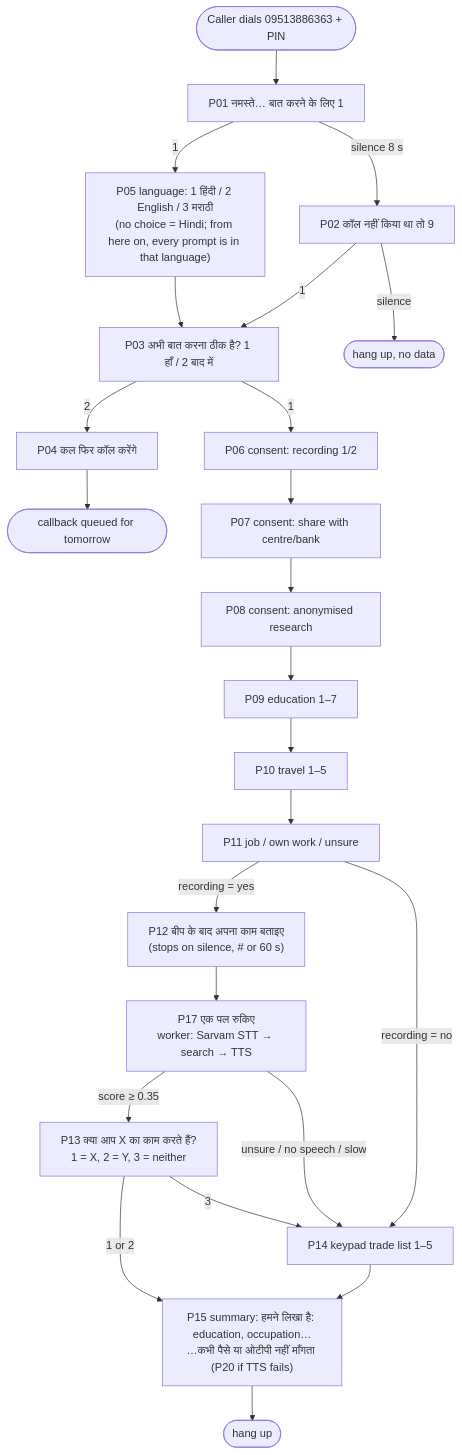
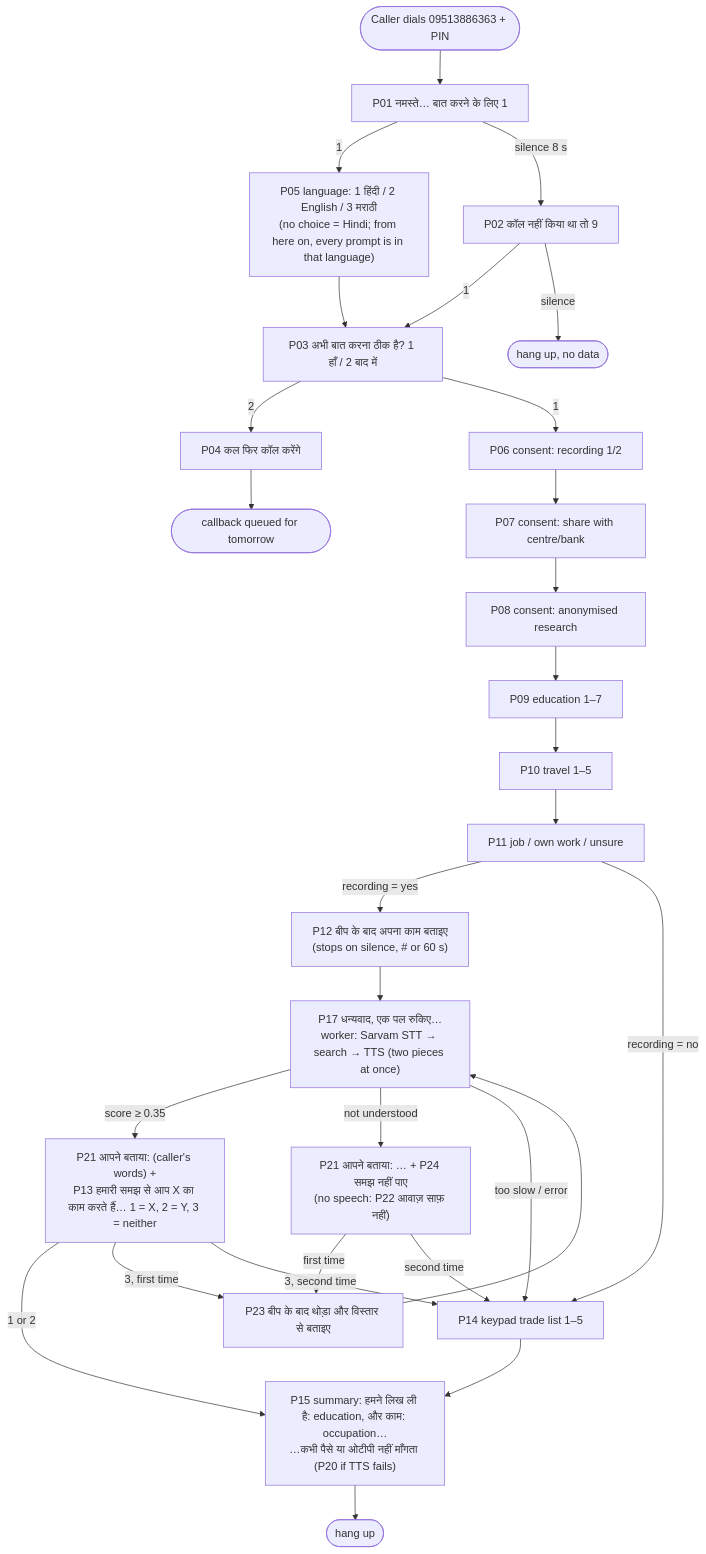
The second of 2 diagrams in docs/HANDOFF.md (sakshamagrawalcode-cpu/hunarvaani), drawn with Mermaid before and after one commit. The commit also changed other lines of this file and 16 other files, not shown here.

````diff
--- a/docs/HANDOFF.md
+++ b/docs/HANDOFF.md
@@ -94,21 +94,25 @@
 ```mermaid
 flowchart TD
     A([Caller dials 09513886363 + PIN]) --> P01["P01 नमस्ते… बात करने के लिए 1"]
     P01 -- 1 --> P05["P05 language: 1 हिंदी / 2 English / 3 मराठी<br/>(no choice = Hindi; from here on, every prompt is in that language)"]
     P05 --> P03["P03 अभी बात करना ठीक है? 1 हाँ / 2 बाद में"]
     P01 -- "silence 8 s" --> P02["P02 कॉल नहीं किया था तो 9"]
     P02 -- 1 --> P03
     P02 -- "silence" --> END0([hang up, no data])
     P03 -- 2 --> P04["P04 कल फिर कॉल करेंगे"] --> CB([callback queued for tomorrow])
     P03 -- 1 --> P06["P06 consent: recording 1/2"] --> P07["P07 consent: share with centre/bank"] --> P08["P08 consent: anonymised research"]
     P08 --> P09["P09 education 1–7"] --> P10["P10 travel 1–5"] --> P11["P11 job / own work / unsure"]
     P11 -- "recording = yes" --> P12["P12 बीप के बाद अपना काम बताइए<br/>(stops on silence, # or 60 s)"]
     P11 -- "recording = no" --> P14
-    P12 --> P17["P17 एक पल रुकिए<br/>worker: Sarvam STT → search → TTS"]
-    P17 -- "score ≥ 0.35" --> P13["P13 क्या आप X का काम करते हैं?<br/>1 = X, 2 = Y, 3 = neither"]
-    P17 -- "unsure / no speech / slow" --> P14["P14 keypad trade list 1–5"]
+    P12 --> P17["P17 धन्यवाद, एक पल रुकिए…<br/>worker: Sarvam STT → search → TTS (two pieces at once)"]
+    P17 -- "score ≥ 0.35" --> P13["P21 आपने बताया: (caller's words) +<br/>P13 हमारी समझ से आप X का काम करते हैं… 1 = X, 2 = Y, 3 = neither"]
+    P17 -- "not understood" --> RETRY["P21 आपने बताया: … + P24 समझ नहीं पाए<br/>(no speech: P22 आवाज़ साफ़ नहीं)"]
+    RETRY -- "first time" --> P23["P23 बीप के बाद थोड़ा और विस्तार से बताइए"] --> P17
+    RETRY -- "second time" --> P14
+    P17 -- "too slow / error" --> P14["P14 keypad trade list 1–5"]
     P13 -- "1 or 2" --> P15
-    P13 -- 3 --> P14
-    P14 --> P15["P15 summary: हमने लिखा है: education, occupation…<br/>…कभी पैसे या ओटीपी नहीं माँगता (P20 if TTS fails)"]
+    P13 -- "3, first time" --> P23
+    P13 -- "3, second time" --> P14
+    P14 --> P15["P15 summary: हमने लिख ली है: education, और काम: occupation…<br/>…कभी पैसे या ओटीपी नहीं माँगता (P20 if TTS fails)"]
     P15 --> END([hang up])
 ```
````
